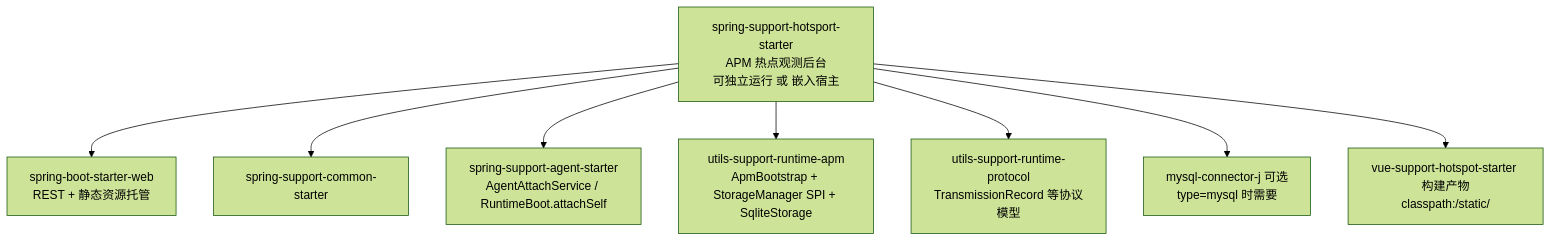
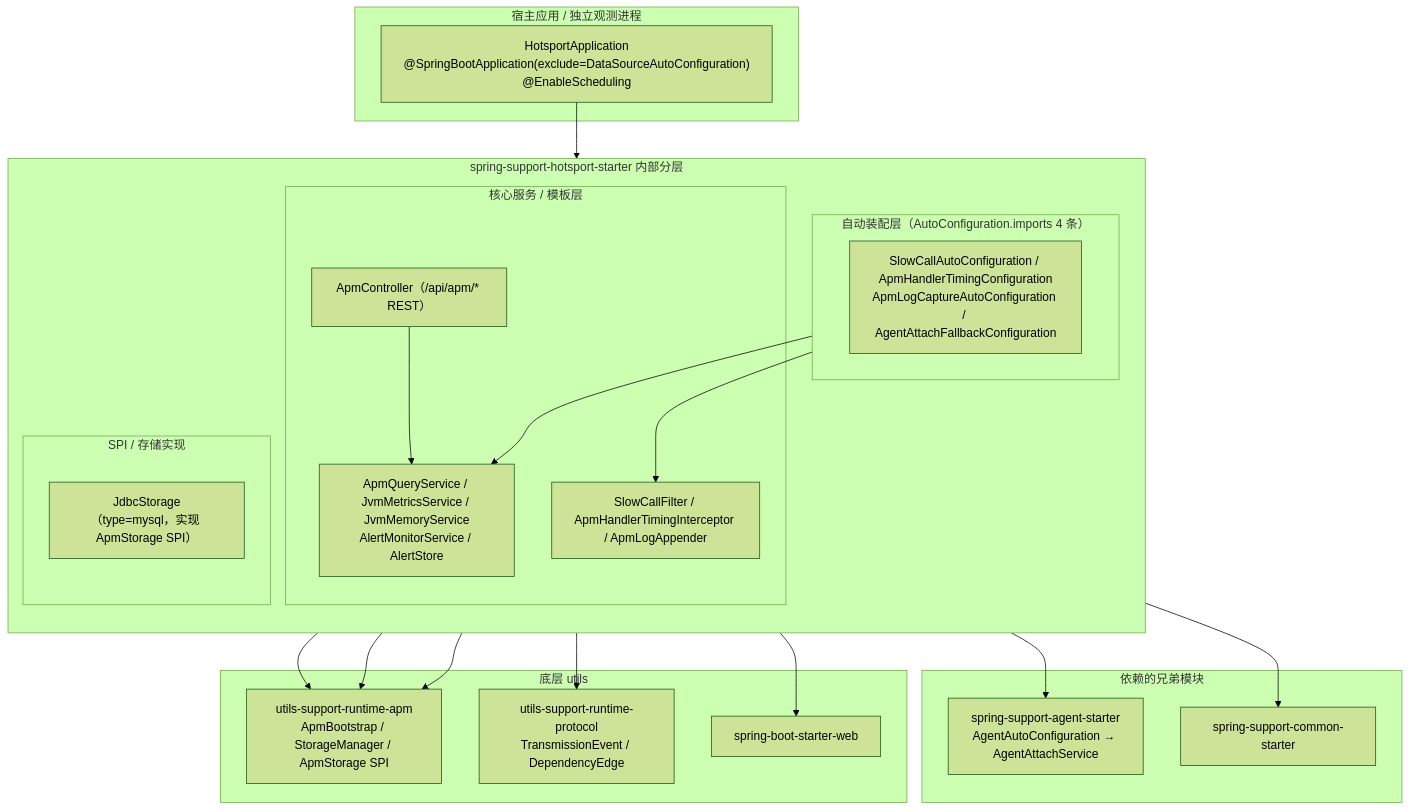
The first of 2 diagrams in spring-support-hotsport-starter/README.md (CHTK001/spring-support-parent-starter), drawn with Mermaid (forest theme) before and after one commit. The commit also changed other lines of this file and 54 other files, not shown here.

````diff
--- a/spring-support-hotsport-starter/README.md
+++ b/spring-support-hotsport-starter/README.md
@@ -13,11 +7,40 @@
 ```mermaid
-graph TB
-    HS["spring-support-hotsport-starter<br/>APM 热点观测后台<br/>可独立运行 或 嵌入宿主"]
-    HS --> WEB["spring-boot-starter-web<br/>REST + 静态资源托管"]
-    HS --> COMMON["spring-support-common-starter"]
-    HS --> AGENT["spring-support-agent-starter<br/>AgentAttachService / RuntimeBoot.attachSelf"]
-    HS --> APM["utils-support-runtime-apm<br/>ApmBootstrap + StorageManager SPI + SqliteStorage"]
-    HS --> PROTO["utils-support-runtime-protocol<br/>TransmissionRecord 等协议模型"]
-    HS --> MYSQL["mysql-connector-j 可选<br/>type=mysql 时需要"]
-    HS --> FE["vue-support-hotspot-starter 构建产物<br/>classpath:/static/"]
+flowchart TB
+    subgraph HOST["宿主应用 / 独立观测进程"]
+        APP["HotsportApplication<br/>@SpringBootApplication(exclude=DataSourceAutoConfiguration)<br/>@EnableScheduling"]
+    end
+    subgraph MODULE["spring-support-hotsport-starter 内部分层"]
+        direction TB
+        subgraph AUTO["自动装配层（AutoConfiguration.imports 4 条）"]
+            AC["SlowCallAutoConfiguration / ApmHandlerTimingConfiguration<br/>ApmLogCaptureAutoConfiguration / AgentAttachFallbackConfiguration"]
+        end
+        subgraph CORE["核心服务 / 模板层"]
+            API["ApmController（/api/apm/* REST）"]
+            SVC["ApmQueryService / JvmMetricsService / JvmMemoryService<br/>AlertMonitorService / AlertStore"]
+            CAP["SlowCallFilter / ApmHandlerTimingInterceptor / ApmLogAppender"]
+        end
+        subgraph SPI["SPI / 存储实现"]
+            STO["JdbcStorage（type=mysql，实现 ApmStorage SPI）"]
+        end
+    end
+    subgraph SIBLING["依赖的兄弟模块"]
+        AGENT["spring-support-agent-starter<br/>AgentAutoConfiguration → AgentAttachService"]
+        COMMON["spring-support-common-starter"]
+    end
+    subgraph UTILS["底层 utils"]
+        APM["utils-support-runtime-apm<br/>ApmBootstrap / StorageManager / ApmStorage SPI"]
+        PROTO["utils-support-runtime-protocol<br/>TransmissionEvent / DependencyEdge"]
+        WEB["spring-boot-starter-web"]
+    end
+    APP --> AUTO
+    AUTO --> CAP
+    AUTO --> SVC
+    API --> SVC
+    CAP --> APM
+    SVC --> APM
+    STO --> APM
+    MODULE --> AGENT
+    MODULE --> COMMON
+    MODULE --> PROTO
+    MODULE --> WEB
 ```
````
